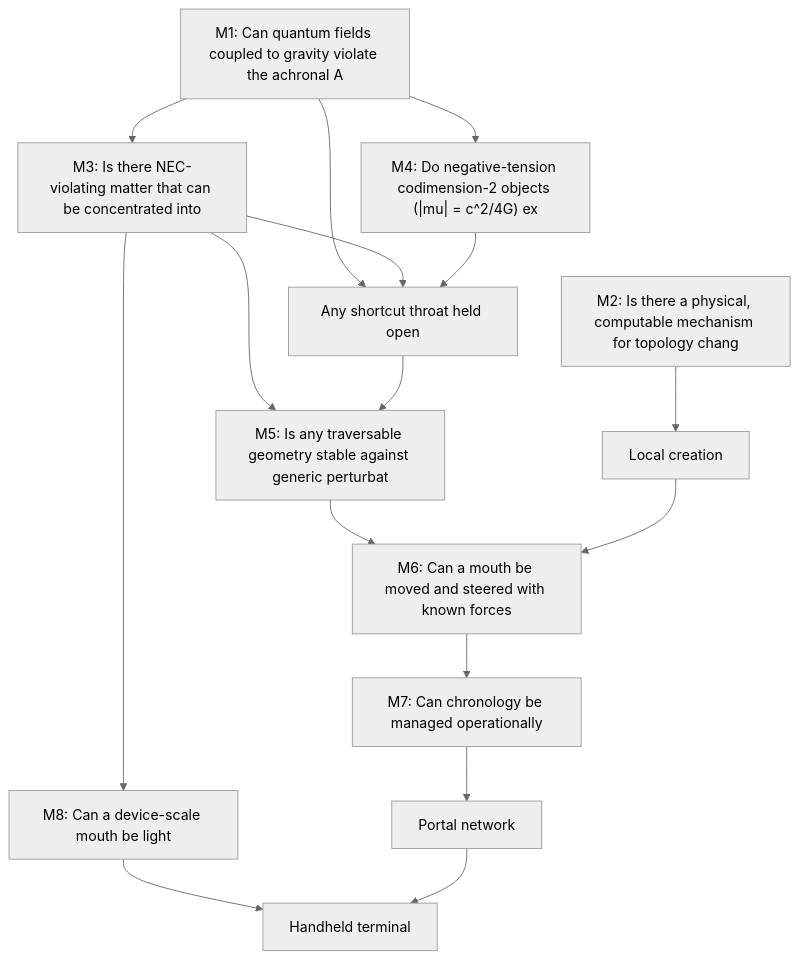
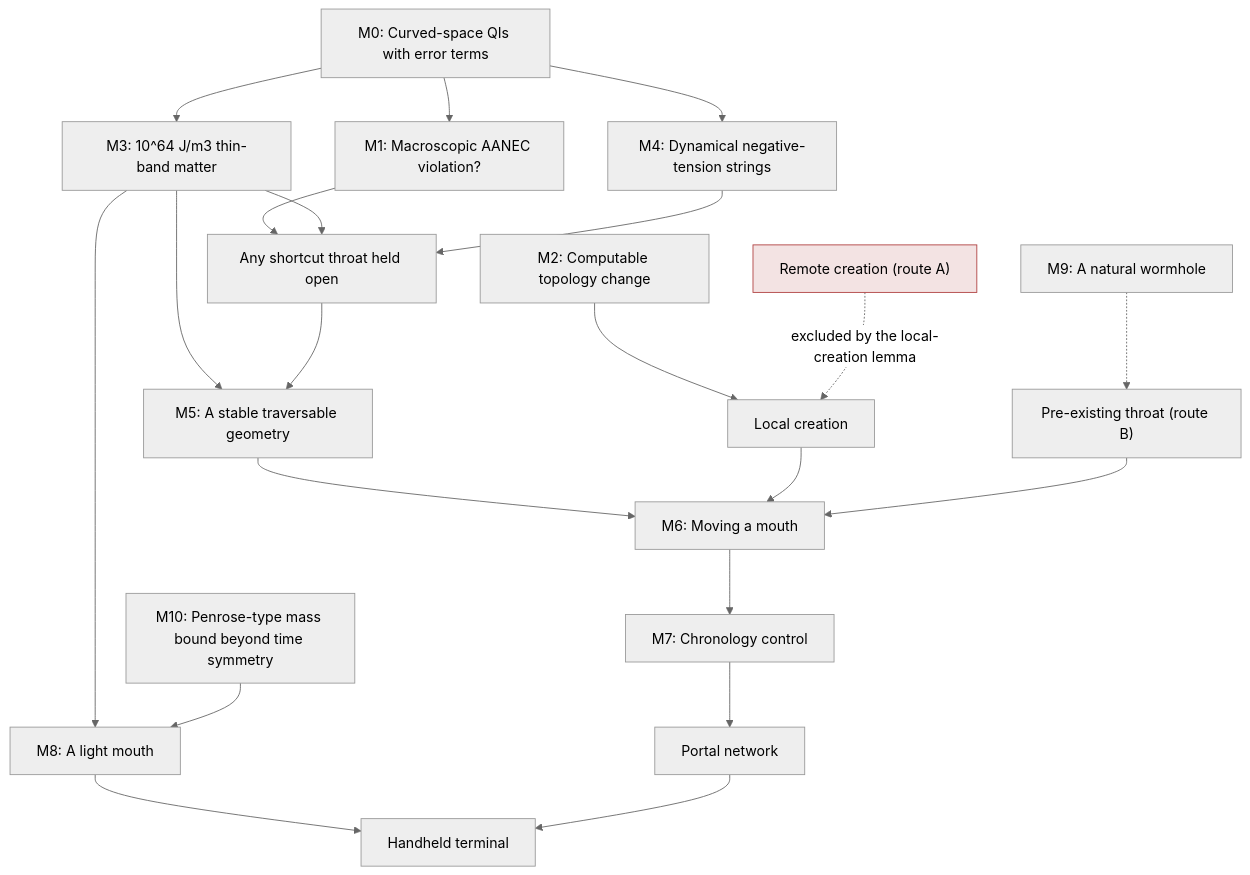
One commit to JustAdev742/codespace changed the diagram in research/portal-gun/phase2/results/milestones.mmd. Above: the diagram before and after it, drawn with Mermaid (neutral theme). The commit also changed 11 other files, not shown here.

```diff
--- a/research/portal-gun/phase2/results/milestones.mmd
+++ b/research/portal-gun/phase2/results/milestones.mmd
@@ -1,24 +1,34 @@
 flowchart TD
-  M1["M1: Can quantum fields coupled to gravity violate the achronal A"]
-  M2["M2: Is there a physical, computable mechanism for topology chang"]
-  M3["M3: Is there NEC-violating matter that can be concentrated into "]
-  M4["M4: Do negative-tension codimension-2 objects (|mu| = c^2/4G) ex"]
-  M5["M5: Is any traversable geometry stable against generic perturbat"]
-  M6["M6: Can a mouth be moved and steered with known forces"]
-  M7["M7: Can chronology be managed operationally"]
-  M8["M8: Can a device-scale mouth be light"]
-  M1 --> M3
-  M1 --> M4
+  M0["M0: Curved-space QIs with error terms"]
+  M1["M1: Macroscopic AANEC violation?"]
+  M2["M2: Computable topology change"]
+  M3["M3: 10^64 J/m3 thin-band matter"]
+  M4["M4: Dynamical negative-tension strings"]
+  M5["M5: A stable traversable geometry"]
+  M6["M6: Moving a mouth"]
+  M7["M7: Chronology control"]
+  M8["M8: A light mouth"]
+  M9["M9: A natural wormhole"]
+  M10["M10: Penrose-type mass bound beyond time symmetry"]
+  M0 --> M1
+  M0 --> M3
+  M0 --> M4
   M3 --> M5
   M5 --> M6
   M6 --> M7
   M3 --> M8
+  M10 --> M8
   M1 --> HOLD["Any shortcut throat held open"]
   M3 --> HOLD
   M4 --> HOLD
   M2 --> CREATE["Local creation"]
+  M9 -.-> EXIST["Pre-existing throat (route B)"]
   CREATE --> M6
+  EXIST --> M6
   HOLD --> M5
   M7 --> NET["Portal network"]
   M8 --> HAND["Handheld terminal"]
   NET --> HAND
+  REMOTE["Remote creation (route A)"]:::dead
+  REMOTE -. excluded by the local-creation lemma .-> CREATE
+  classDef dead fill:#f3e3e3,stroke:#b04040
```
